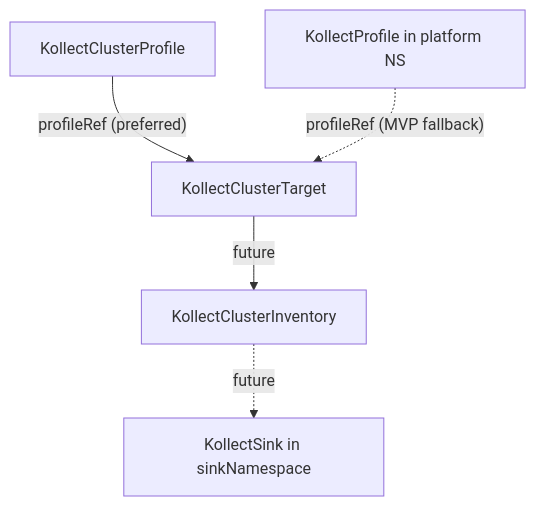
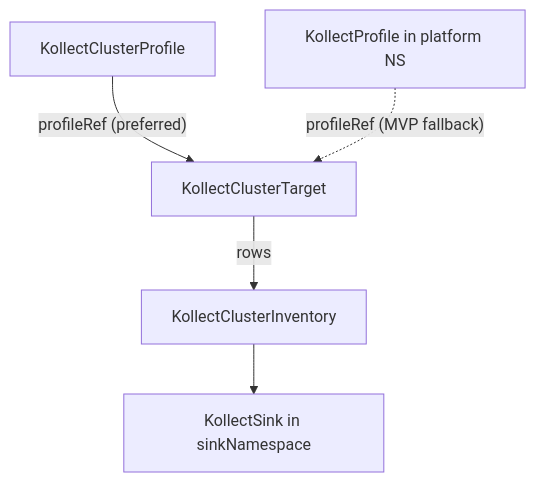
Before and after one commit to konih/kollect: the diagram in docs/crds/kollectclustertarget.md, drawn with Mermaid. The commit also changed other lines of this file and 5 other files, not shown here.

````diff
--- a/docs/crds/kollectclustertarget.md
+++ b/docs/crds/kollectclustertarget.md
@@ -21,13 +21,13 @@
 ```mermaid
 flowchart TD
   CProf[KollectClusterProfile]
   Profile[KollectProfile in platform NS]
   CTarget[KollectClusterTarget]
   CInv[KollectClusterInventory]
   Sink[KollectSink in sinkNamespace]
 
   CProf -->|"profileRef (preferred)"| CTarget
   Profile -.->|"profileRef (MVP fallback)"| CTarget
-  CTarget -->|future| CInv
-  CInv -.->|future| Sink
+  CTarget -->|rows| CInv
+  CInv --> Sink
 ```
````
